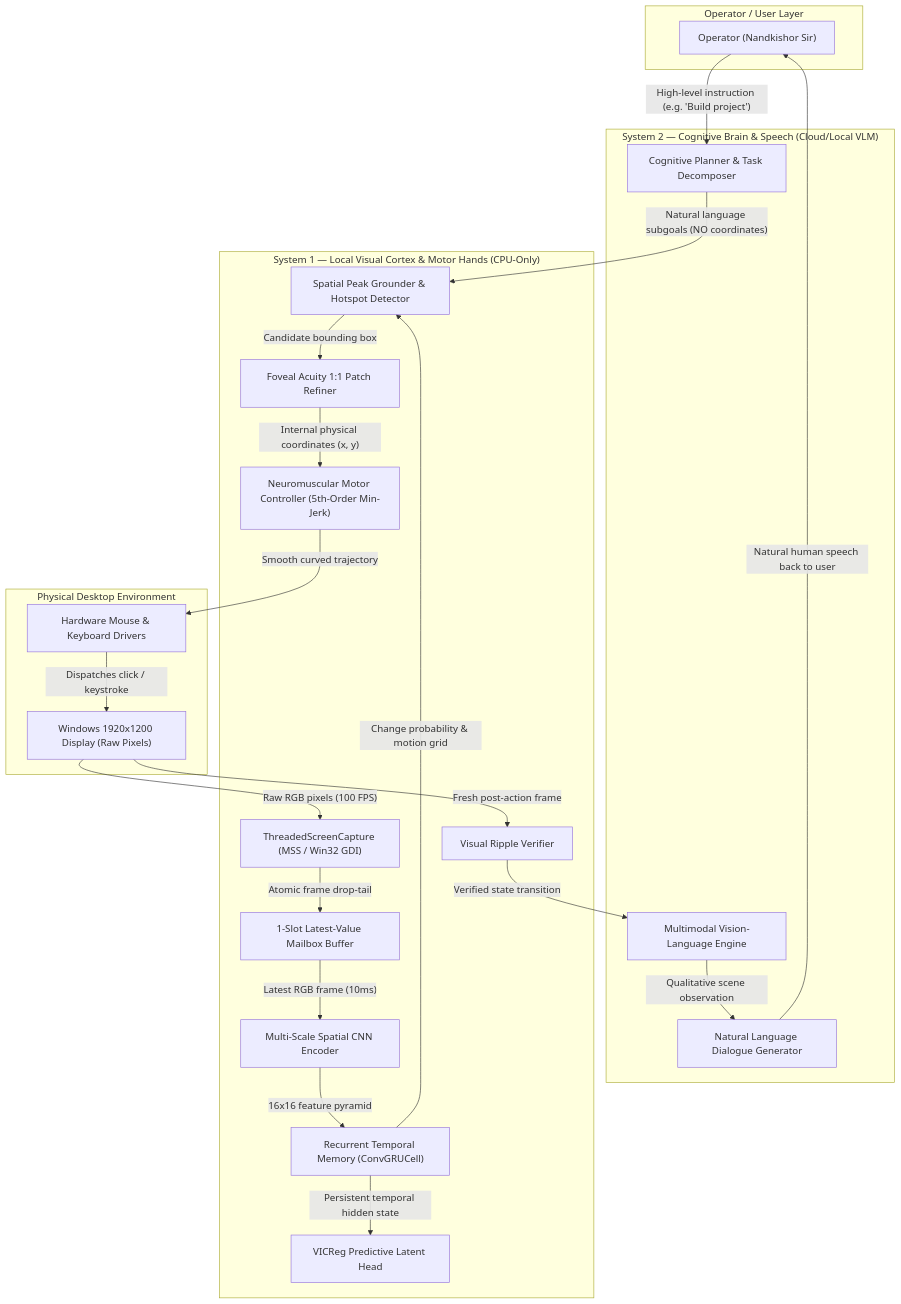
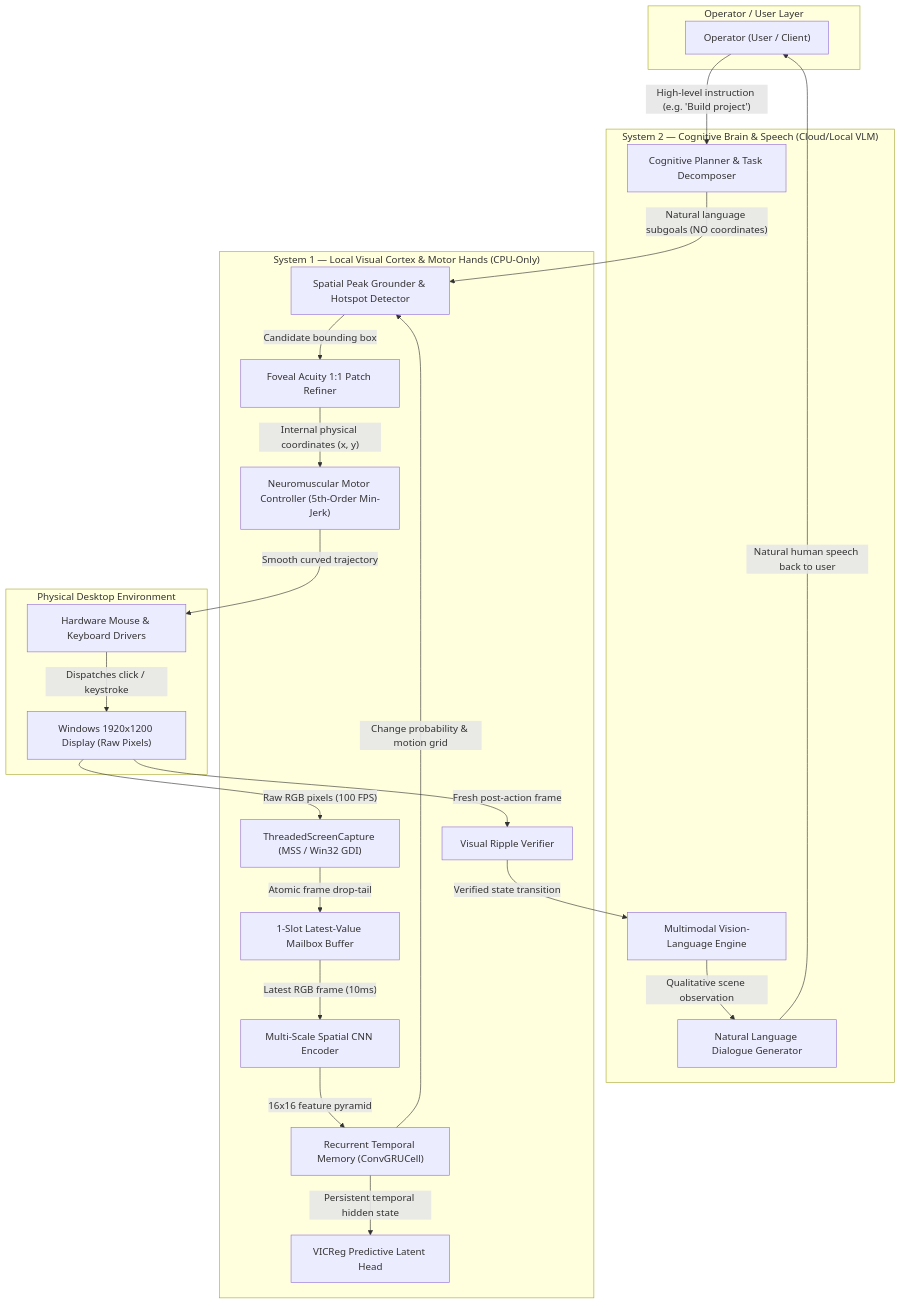
One commit to nandkishorrathodk-art/AVCS-v1 changed the first of 3 diagrams in README.md. Above: the diagram before and after it, drawn with Mermaid. The commit also changed other lines of this file and 1 other file, not shown here.

````diff
--- a/README.md
+++ b/README.md
@@ -87,47 +87,47 @@
 ```mermaid
 flowchart TD
     subgraph Operator["Operator / User Layer"]
-        User["Operator (Nandkishor Sir)"]
+        User["Operator (User / Client)"]
     end
 
     subgraph System2["System 2 — Cognitive Brain & Speech (Cloud/Local VLM)"]
         S2_Planner["Cognitive Planner & Task Decomposer"]
         S2_VLM["Multimodal Vision-Language Engine"]
         S2_Dialogue["Natural Language Dialogue Generator"]
     end
 
     subgraph System1["System 1 — Local Visual Cortex & Motor Hands (CPU-Only)"]
         Cap["ThreadedScreenCapture (MSS / Win32 GDI)"]
         Mailbox["1-Slot Latest-Value Mailbox Buffer"]
         Backbone["Multi-Scale Spatial CNN Encoder"]
         ConvGRU["Recurrent Temporal Memory (ConvGRUCell)"]
         Predictor["VICReg Predictive Latent Head"]
         Hotspots["Spatial Peak Grounder & Hotspot Detector"]
         Fovea["Foveal Acuity 1:1 Patch Refiner"]
         Servoing["Neuromuscular Motor Controller (5th-Order Min-Jerk)"]
         Verifier["Visual Ripple Verifier"]
     end
 
     subgraph OS["Physical Desktop Environment"]
         Display["Windows 1920x1200 Display (Raw Pixels)"]
         InputDriver["Hardware Mouse & Keyboard Drivers"]
     end
 
     %% Flow connections
     User -->|"High-level instruction (e.g. 'Build project')"| S2_Planner
     S2_Planner -->|"Natural language subgoals (NO coordinates)"| Hotspots
     Display -->|"Raw RGB pixels (100 FPS)"| Cap
     Cap -->|"Atomic frame drop-tail"| Mailbox
     Mailbox -->|"Latest RGB frame (10ms)"| Backbone
     Backbone -->|"16x16 feature pyramid"| ConvGRU
     ConvGRU -->|"Persistent temporal hidden state"| Predictor
     ConvGRU -->|"Change probability & motion grid"| Hotspots
     Hotspots -->|"Candidate bounding box"| Fovea
     Fovea -->|"Internal physical coordinates (x, y)"| Servoing
     Servoing -->|"Smooth curved trajectory"| InputDriver
     InputDriver -->|"Dispatches click / keystroke"| Display
     Display -->|"Fresh post-action frame"| Verifier
     Verifier -->|"Verified state transition"| S2_VLM
     S2_VLM -->|"Qualitative scene observation"| S2_Dialogue
     S2_Dialogue -->|"Natural human speech back to user"| User
 ```
````
